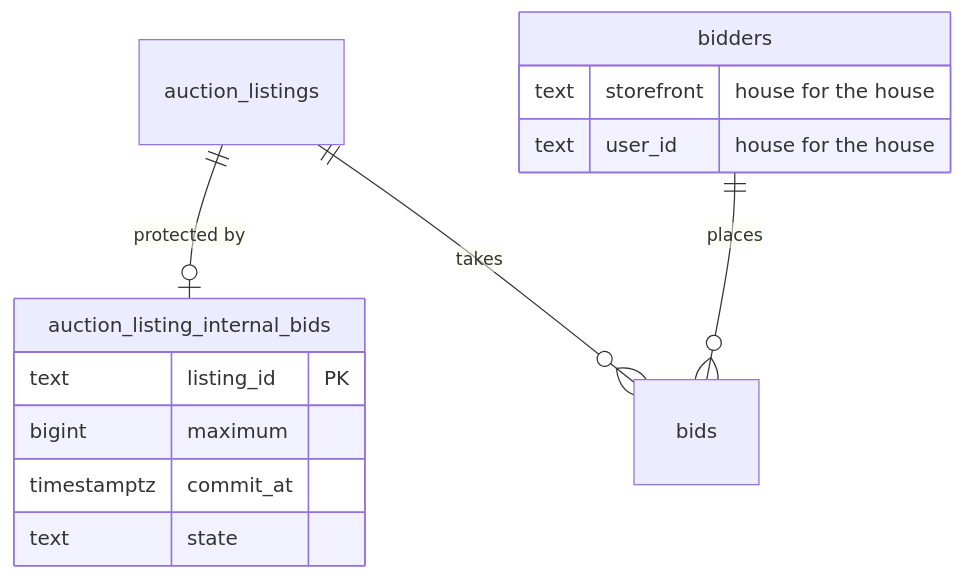
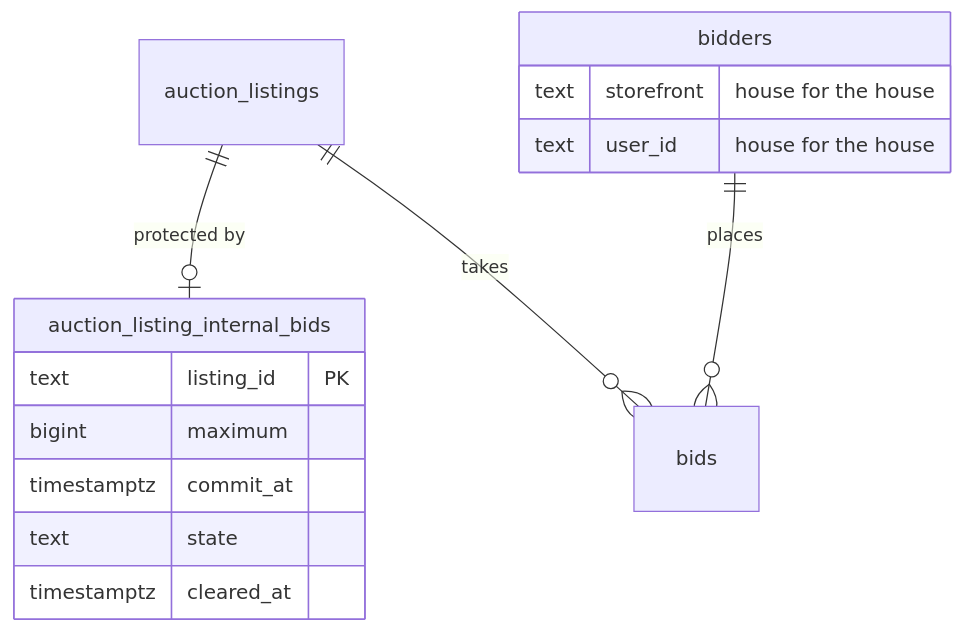
Before and after one commit to potzchan6969/grade10-spec: the diagram in openspec/changes/add-auction-internal-bid/tech-design.md, drawn with Mermaid. The commit also changed other lines of this file and 12 other files, not shown here.

````diff
--- a/openspec/changes/add-auction-internal-bid/tech-design.md
+++ b/openspec/changes/add-auction-internal-bid/tech-design.md
@@ -188,16 +246,17 @@
 ```mermaid
 erDiagram
   auction_listings ||--o| auction_listing_internal_bids : "protected by"
   auction_listings ||--o{ bids : takes
   bidders ||--o{ bids : places
   bidders {
     text storefront "house for the house"
     text user_id "house for the house"
   }
   auction_listing_internal_bids {
     text listing_id PK
     bigint maximum
     timestamptz commit_at
     text state
+    timestamptz cleared_at
   }
 ```
````
